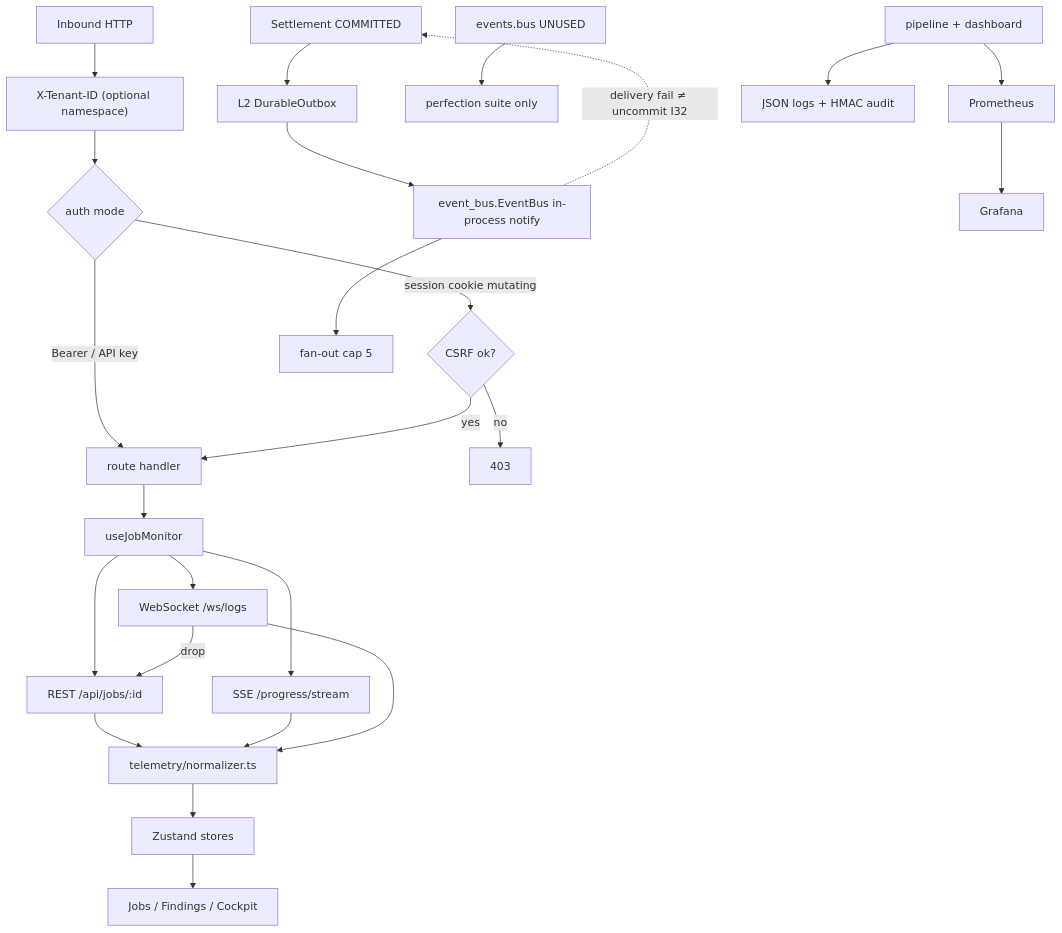
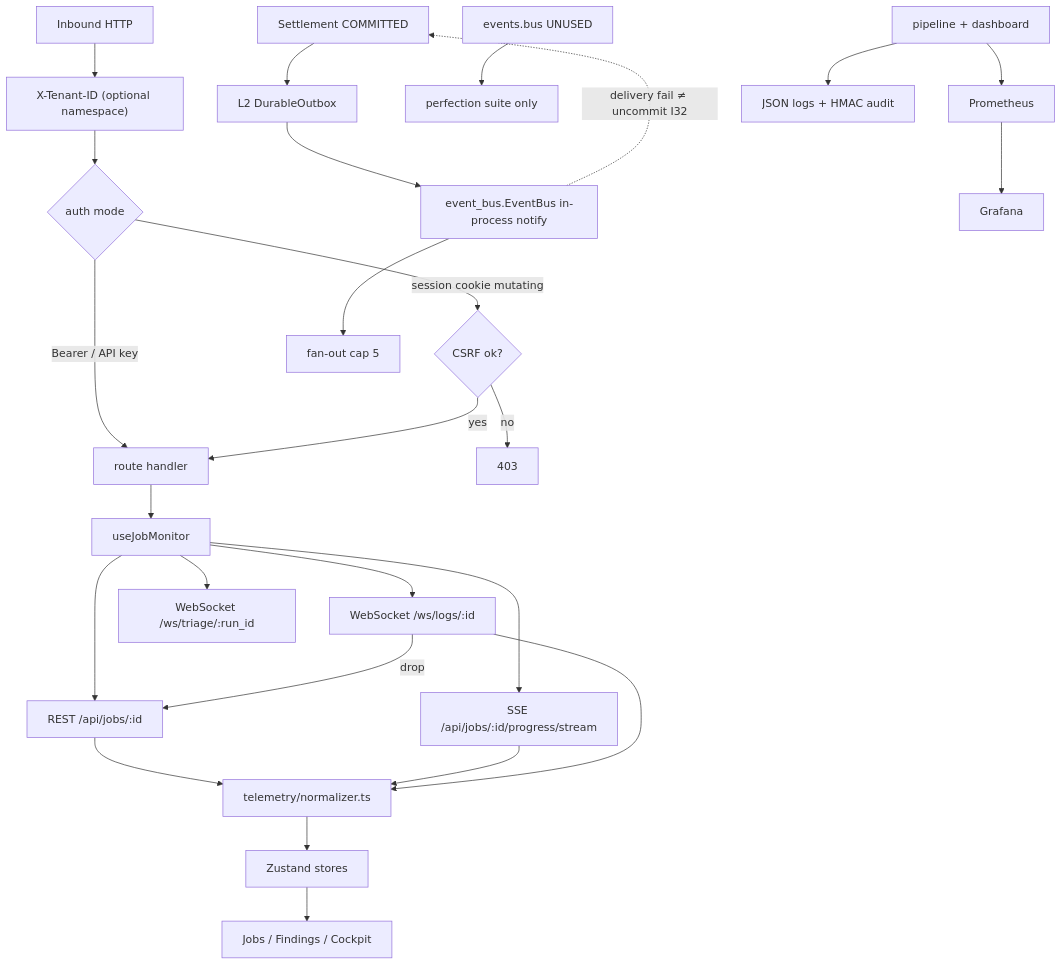
Diagram 12 of 17 in docs/flowchart.md (AviralGup7/Singularity-Zero), drawn with Mermaid before and after one commit. The commit also changed other lines of this file and 23 other files, not shown here.

First line of the commit message:
docs: synchronize portal, flowchart, and specs with live-path code

````diff
--- a/docs/flowchart.md
+++ b/docs/flowchart.md
@@ -442,27 +454,28 @@
 ```mermaid
 flowchart TD
     HTTP["Inbound HTTP"] --> Tenant["X-Tenant-ID (optional namespace)"]
     Tenant --> Auth{"auth mode"}
     Auth -->|"Bearer / API key"| Dispatch["route handler"]
     Auth -->|"session cookie mutating"| CSRF{"CSRF ok?"}
     CSRF -->|no| R403["403"]
     CSRF -->|yes| Dispatch
     Dispatch --> Hook["useJobMonitor"]
     Hook --> REST["REST /api/jobs/:id"]
-    Hook --> SSE["SSE /progress/stream"]
-    Hook --> WS["WebSocket /ws/logs"]
+    Hook --> SSE["SSE /api/jobs/:id/progress/stream"]
+    Hook --> WS["WebSocket /ws/logs/:id"]
+    Hook --> Triage["WebSocket /ws/triage/:run_id"]
     REST --> Norm["telemetry/normalizer.ts"]
     SSE --> Norm
     WS --> Norm
     WS -->|drop| REST
     Norm --> Stores["Zustand stores"]
     Stores --> Pages["Jobs / Findings / Cockpit"]
     Settle["Settlement COMMITTED"] --> Outbox["L2 DurableOutbox"]
     Outbox --> LiveBus["event_bus.EventBus in-process notify"]
     LiveBus --> Fan["fan-out cap 5"]
     LiveBus -.->|"delivery fail ≠ uncommit I32"| Settle
     Unused["events.bus UNUSED"] --> PerfSuite["perfection suite only"]
     App["pipeline + dashboard"] --> Prom["Prometheus"]
     App --> Logs["JSON logs + HMAC audit"]
     Prom --> Graf["Grafana"]
 ```
````
